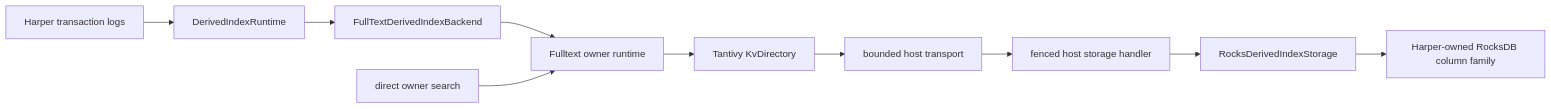
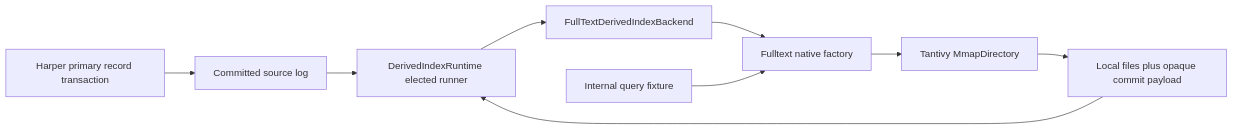
One commit to HarperFast/harper changed the diagram in docs/fulltext-derived-index-vertical-slice.md. Above: the diagram before and after it, drawn with Mermaid. The commit also changed other lines of this file, not shown here.

Commit message:
Plan the native Harper integration benchmark

````diff
--- a/docs/fulltext-derived-index-vertical-slice.md
+++ b/docs/fulltext-derived-index-vertical-slice.md
@@ -28,12 +19,11 @@
 ```mermaid
 flowchart LR
-	L[Harper transaction logs] --> R[DerivedIndexRuntime]
-	R --> B[FullTextDerivedIndexBackend]
-	B --> N[Fulltext owner runtime]
-	N --> D[Tantivy KvDirectory]
-	D --> T[bounded host transport]
-	T --> H[fenced host storage handler]
-	H --> S[RocksDerivedIndexStorage]
-	S --> C[Harper-owned RocksDB column family]
-	Q[direct owner search] --> N
+    P[Harper primary record transaction] --> L[Committed source log]
+    L --> R[DerivedIndexRuntime elected runner]
+    R --> B[FullTextDerivedIndexBackend]
+    B --> N[Fulltext native factory]
+    N --> T[Tantivy MmapDirectory]
+    T --> F[Local files plus opaque commit payload]
+    F --> R
+    Q[Internal query fixture] --> N
 ```
````
